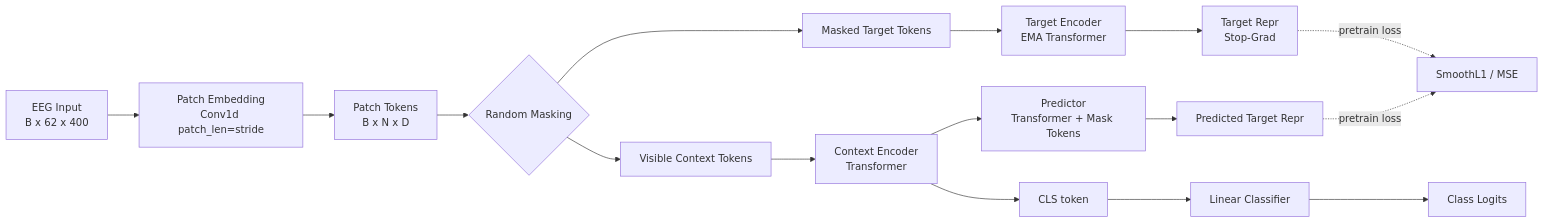
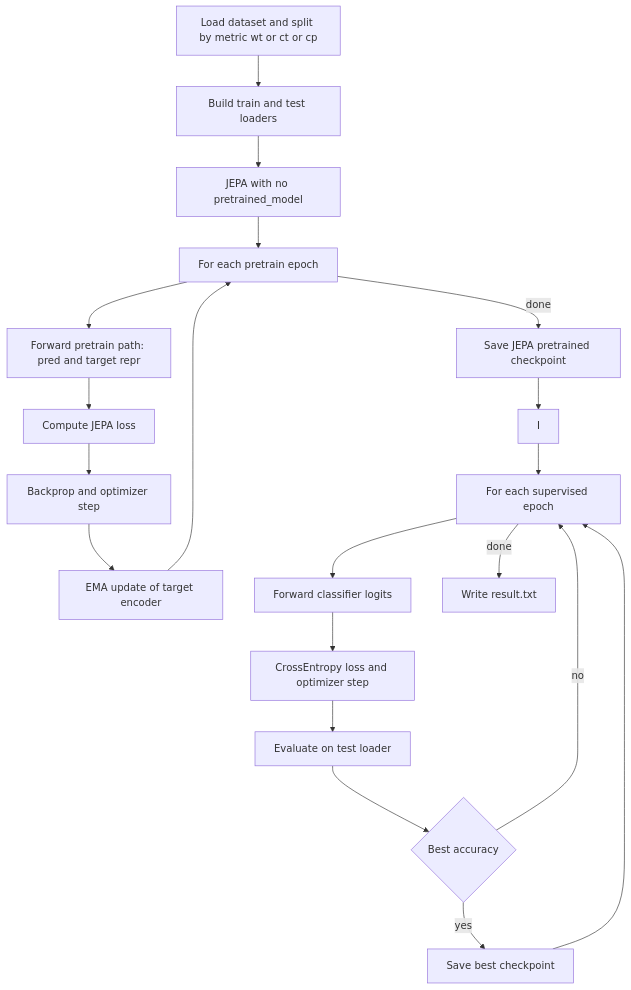
The diagram in README.md (RTae/SUPA-EEG), drawn with Mermaid before and after one commit. The commit also changed other lines of this file, not shown here.

Commit message:
docs: update training loop diagram in README for JEPA architecture

````diff
--- a/README.md
+++ b/README.md
@@ -133,22 +133,25 @@
 ```mermaid
-flowchart LR
-    A[EEG Input<br/>B x 62 x 400] --> B[Patch Embedding<br/>Conv1d patch_len=stride]
-    B --> C[Patch Tokens<br/>B x N x D]
+flowchart TD
+    A[Load dataset and split by metric wt or ct or cp] --> B[Build train and test loaders]
+    B --> D[JEPA with no pretrained_model]
 
-    C --> D{Random Masking}
-    D --> E[Visible Context Tokens]
-    D --> F[Masked Target Tokens]
+    D --> D1[For each pretrain epoch]
+    D1 --> D2[Forward pretrain path: pred and target repr]
+    D2 --> D3[Compute JEPA loss]
+    D3 --> D4[Backprop and optimizer step]
+    D4 --> D5[EMA update of target encoder]
+    D5 --> D1
+    D1 -->|done| D6[Save JEPA pretrained checkpoint]
 
-    E --> G[Context Encoder<br/>Transformer]
-    F --> H[Target Encoder<br/>EMA Transformer]
+    D6 --> I
 
-    G --> I[Predictor<br/>Transformer + Mask Tokens]
-    I --> J[Predicted Target Repr]
-    H --> K[Target Repr<br/>Stop-Grad]
-    J -. pretrain loss .-> L[SmoothL1 / MSE]
-    K -. pretrain loss .-> L
-
-    G --> M[CLS token]
-    M --> N[Linear Classifier]
-    N --> O[Class Logits]
+    I --> I1[For each supervised epoch]
+    I1 --> I2[Forward classifier logits]
+    I2 --> I3[CrossEntropy loss and optimizer step]
+    I3 --> I4[Evaluate on test loader]
+    I4 --> I5{Best accuracy}
+    I5 -->|yes| I6[Save best checkpoint]
+    I5 -->|no| I1
+    I6 --> I1
+    I1 -->|done| K[Write result.txt]
 ```
````
